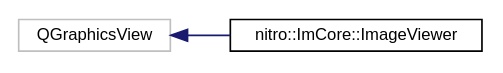
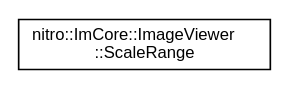
The diagram in inherit_graph_5.dot (BugelNiels/nitro), drawn with Graphviz before and after one commit. The commit also changed 458 other files, not shown here.

```diff
--- a/inherit_graph_5.dot
+++ b/inherit_graph_5.dot
@@ -1,10 +1,8 @@
 digraph "Graphical Class Hierarchy"
 {
  // LATEX_PDF_SIZE
   edge [fontname="Helvetica",fontsize="10",labelfontname="Helvetica",labelfontsize="10"];
   node [fontname="Helvetica",fontsize="10",shape=record];
   rankdir="LR";
-  Node84 [label="QGraphicsView",height=0.2,width=0.4,color="grey75", fillcolor="white", style="filled",tooltip=" "];
-  Node84 -> Node0 [dir="back",color="midnightblue",fontsize="10",style="solid",fontname="Helvetica"];
-  Node0 [label="nitro::ImCore::ImageViewer",height=0.2,width=0.4,color="black", fillcolor="white", style="filled",URL="$df/dc9/classnitro_1_1ImCore_1_1ImageViewer.html",tooltip=" "];
+  Node0 [label="nitro::ImCore::ImageViewer\l::ScaleRange",height=0.2,width=0.4,color="black", fillcolor="white", style="filled",URL="$da/de7/structnitro_1_1ImCore_1_1ImageViewer_1_1ScaleRange.html",tooltip=" "];
 }
```
